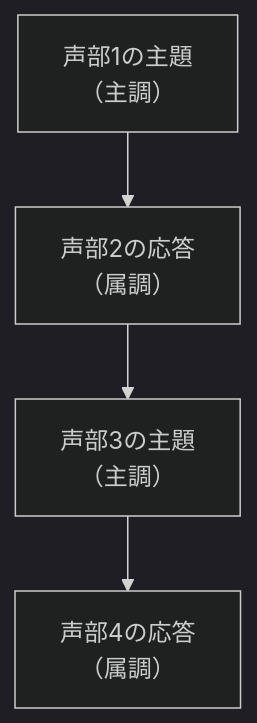
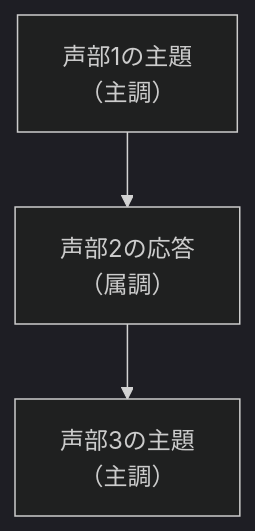
One commit to libraz/midi-sketch-bach-homepage changed the fourth of 5 diagrams in src/ja/docs/counterpoint.md. Above: the diagram before and after it, drawn with Mermaid (dark theme). The commit also changed other lines of this file and 34 other files, not shown here.

````diff
--- a/src/ja/docs/counterpoint.md
+++ b/src/ja/docs/counterpoint.md
@@ -179,6 +179,5 @@
 ```mermaid
 graph TD
     A["声部1の主題<br>（主調）"] --> B["声部2の応答<br>（属調）"]
     B --> C["声部3の主題<br>（主調）"]
-    C --> D["声部4の応答<br>（属調）"]
 ```
````
